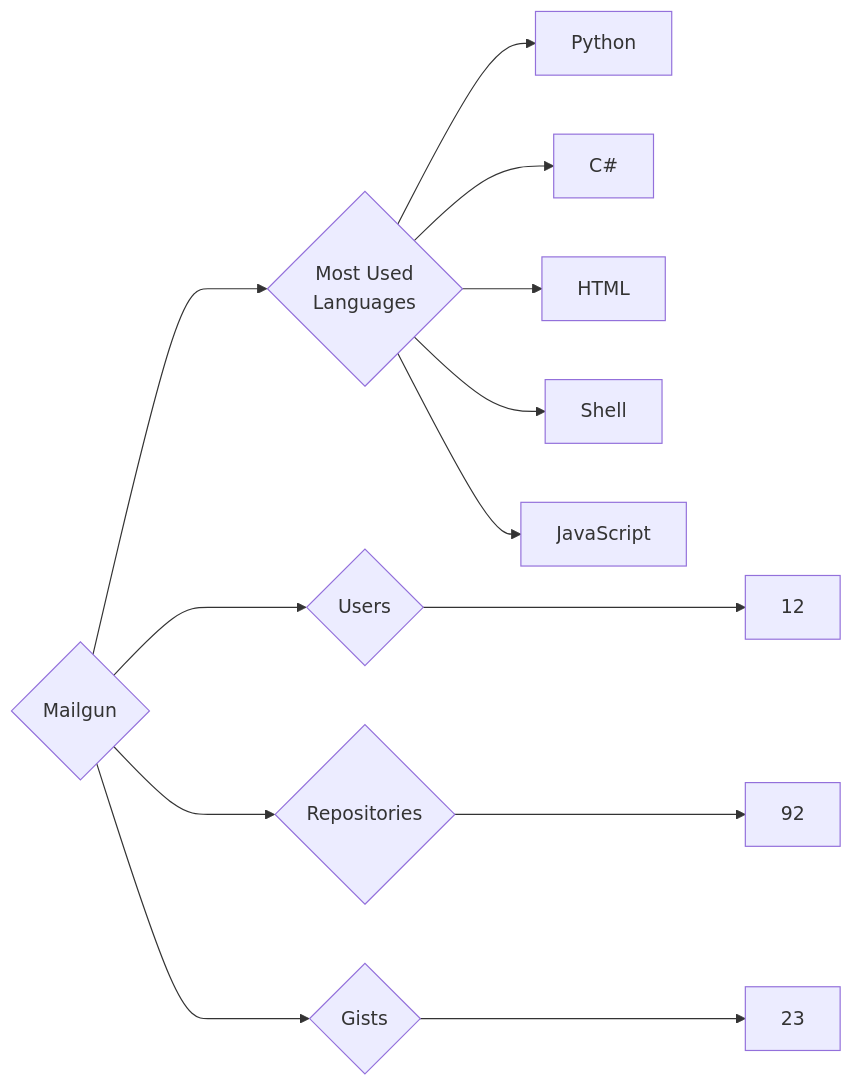
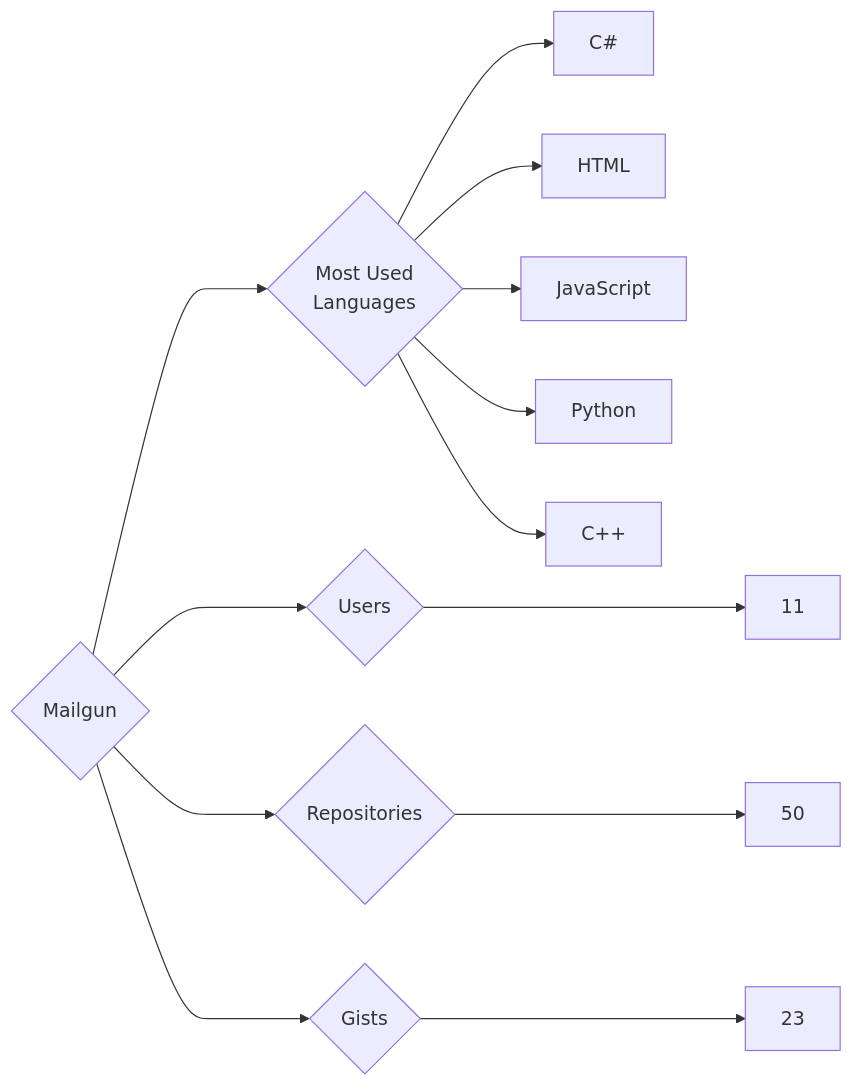
One commit to trickest/insiders changed the diagram in targets/Mailgun/README.md. Above: the diagram before and after it, drawn with Mermaid. The commit also changed 934 other files, not shown here.

````diff
--- a/targets/Mailgun/README.md
+++ b/targets/Mailgun/README.md
@@ -3,13 +3,13 @@
 ```mermaid
 graph LR
 COMPANY_NAME{Mailgun}
-COMPANY_NAME ---> U{Users} ---> UN[12]
-COMPANY_NAME ---> R{Repositories} ---> RN[92]
+COMPANY_NAME ---> U{Users} ---> UN[11]
+COMPANY_NAME ---> R{Repositories} ---> RN[50]
 COMPANY_NAME ---> G{Gists} ---> GN[23]
 COMPANY_NAME ---> ML{Most Used<br>Languages}
-ML --> Python[Python]
 ML --> C#[C#]
 ML --> HTML[HTML]
-ML --> Shell[Shell]
 ML --> JavaScript[JavaScript]
+ML --> Python[Python]
+ML --> C++[C++]
 ```
````
